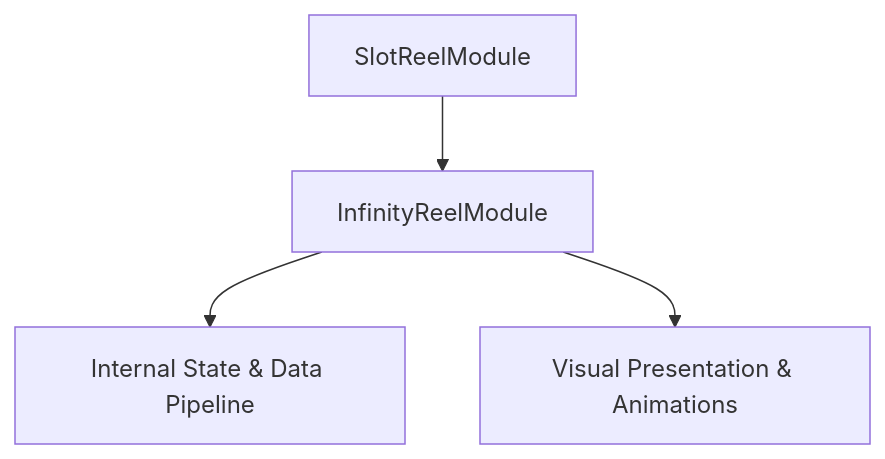
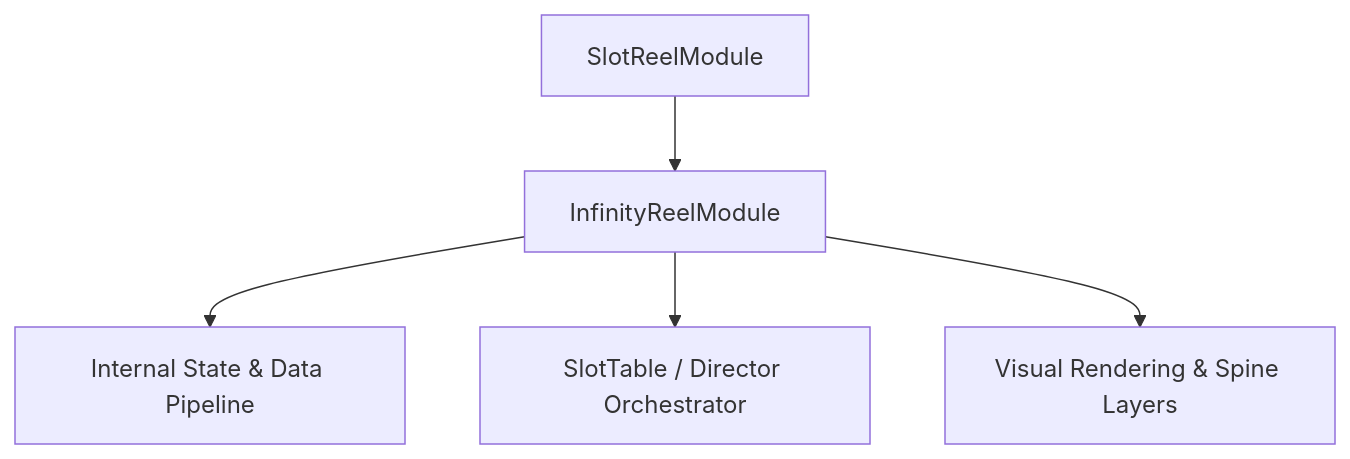
Before and after one commit to lam-ark/mcp-fwcc: the diagram in docs/cc_slot_mechanics/modules/InfinityReelModule/01_overview/01_architecture_and_role.md, drawn with Mermaid. The commit also changed other lines of this file and 2509 other files, not shown here.

````diff
--- a/docs/cc_slot_mechanics/modules/InfinityReelModule/01_overview/01_architecture_and_role.md
+++ b/docs/cc_slot_mechanics/modules/InfinityReelModule/01_overview/01_architecture_and_role.md
@@ -18,6 +24,7 @@
 ```mermaid
 graph TD
-    Parent[SlotReelModule] --> Mod[InfinityReelModule]
-    Mod --> State[Internal State & Data Pipeline]
-    Mod --> Render[Visual Presentation & Animations]
+    SuperClass[SlotReelModule] --> TargetClass[InfinityReelModule]
+    TargetClass --> DataPipeline[Internal State & Data Pipeline]
+    TargetClass --> Orchestrator[SlotTable / Director Orchestrator]
+    TargetClass --> ViewLayer[Visual Rendering & Spine Layers]
 ```
````
